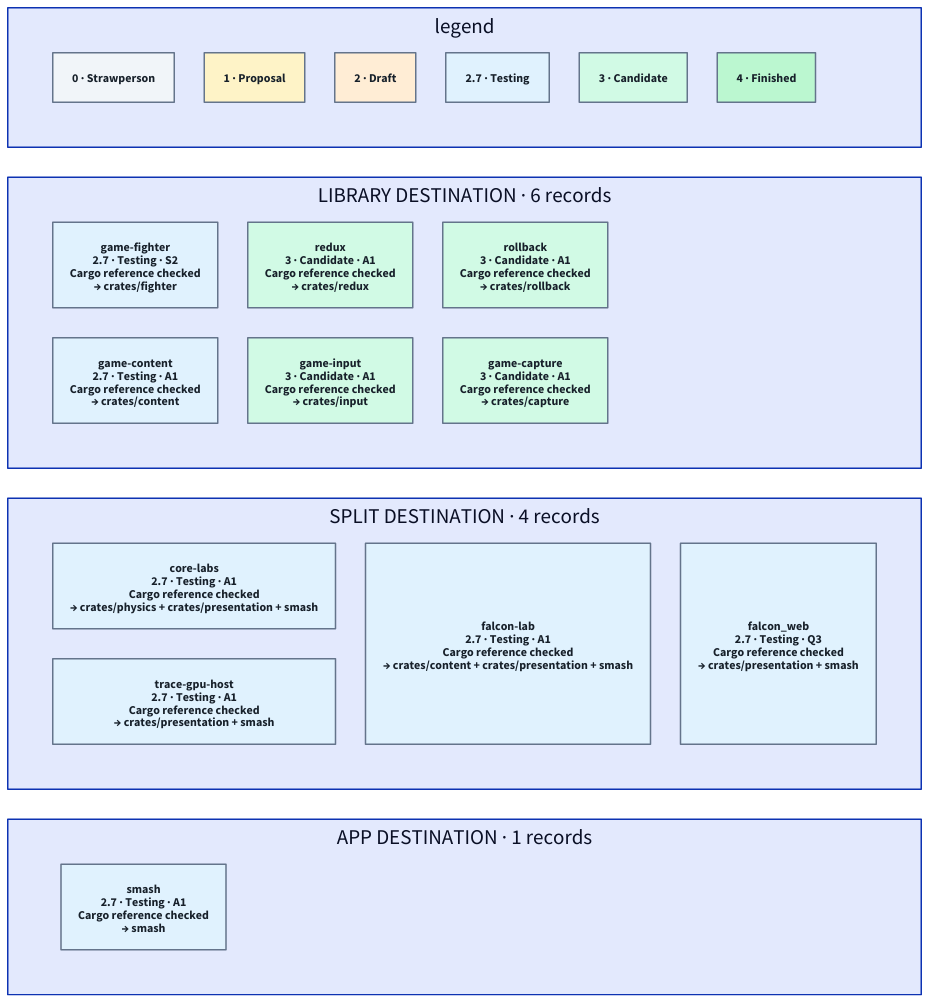
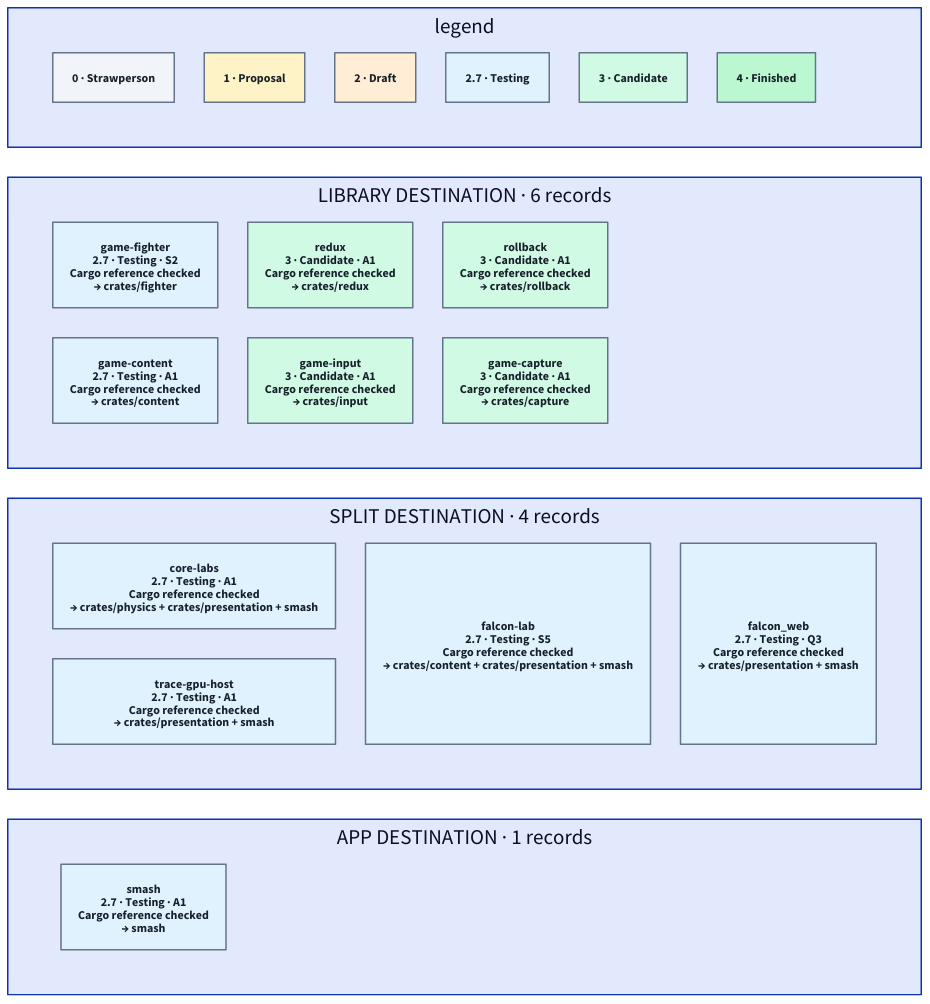
One commit to hafley66/hafley-rs changed the diagram in games/classification/3_registry.d2. Above: the diagram before and after it, drawn with D2. The commit also changed 25 other files, not shown here.

First line of the commit message:
feat(games): inspect live Falcon phases with an observed graph

```diff
--- a/games/classification/3_registry.d2
+++ b/games/classification/3_registry.d2
@@ -1,32 +1,32 @@
 # Generated from 1_registry.tsp. Do not edit.
 label: "05 · CHECKED CRATE INVENTORY / TC39-style promotion stages"
 grid-columns: 1
 legend: {
 grid-columns: 6
 s0: "0 · Strawperson" {style.fill: "#F1F5F9"; style.font-color: "#17202A"; style.stroke: "#64748B"}
 s1: "1 · Proposal" {style.fill: "#FEF3C7"; style.font-color: "#17202A"; style.stroke: "#64748B"}
 s2: "2 · Draft" {style.fill: "#FFEDD5"; style.font-color: "#17202A"; style.stroke: "#64748B"}
 s3: "2.7 · Testing" {style.fill: "#E0F2FE"; style.font-color: "#17202A"; style.stroke: "#64748B"}
 s4: "3 · Candidate" {style.fill: "#D1FAE5"; style.font-color: "#17202A"; style.stroke: "#64748B"}
 s5: "4 · Finished" {style.fill: "#BBF7D0"; style.font-color: "#17202A"; style.stroke: "#64748B"}
 }
 library: "LIBRARY DESTINATION · 6 records" {
 grid-columns: 3
 "game-fighter": "game-fighter\n2.7 · Testing · S2\nCargo reference checked\n→ crates/fighter" {style.fill: "#E0F2FE"; style.font-color: "#17202A"; style.stroke: "#64748B"}
 "game-content": "game-content\n2.7 · Testing · A1\nCargo reference checked\n→ crates/content" {style.fill: "#E0F2FE"; style.font-color: "#17202A"; style.stroke: "#64748B"}
 "redux": "redux\n3 · Candidate · A1\nCargo reference checked\n→ crates/redux" {style.fill: "#D1FAE5"; style.font-color: "#17202A"; style.stroke: "#64748B"}
 "game-input": "game-input\n3 · Candidate · A1\nCargo reference checked\n→ crates/input" {style.fill: "#D1FAE5"; style.font-color: "#17202A"; style.stroke: "#64748B"}
 "rollback": "rollback\n3 · Candidate · A1\nCargo reference checked\n→ crates/rollback" {style.fill: "#D1FAE5"; style.font-color: "#17202A"; style.stroke: "#64748B"}
 "game-capture": "game-capture\n3 · Candidate · A1\nCargo reference checked\n→ crates/capture" {style.fill: "#D1FAE5"; style.font-color: "#17202A"; style.stroke: "#64748B"}
 }
 split: "SPLIT DESTINATION · 4 records" {
 grid-columns: 3
 "core-labs": "core-labs\n2.7 · Testing · A1\nCargo reference checked\n→ crates/physics + crates/presentation + smash" {style.fill: "#E0F2FE"; style.font-color: "#17202A"; style.stroke: "#64748B"}
 "trace-gpu-host": "trace-gpu-host\n2.7 · Testing · A1\nCargo reference checked\n→ crates/presentation + smash" {style.fill: "#E0F2FE"; style.font-color: "#17202A"; style.stroke: "#64748B"}
-"falcon-lab": "falcon-lab\n2.7 · Testing · A1\nCargo reference checked\n→ crates/content + crates/presentation + smash" {style.fill: "#E0F2FE"; style.font-color: "#17202A"; style.stroke: "#64748B"}
+"falcon-lab": "falcon-lab\n2.7 · Testing · S5\nCargo reference checked\n→ crates/content + crates/presentation + smash" {style.fill: "#E0F2FE"; style.font-color: "#17202A"; style.stroke: "#64748B"}
 "falcon_web": "falcon_web\n2.7 · Testing · Q3\nCargo reference checked\n→ crates/presentation + smash" {style.fill: "#E0F2FE"; style.font-color: "#17202A"; style.stroke: "#64748B"}
 }
 app: "APP DESTINATION · 1 records" {
 grid-columns: 3
 "smash": "smash\n2.7 · Testing · A1\nCargo reference checked\n→ smash" {style.fill: "#E0F2FE"; style.font-color: "#17202A"; style.stroke: "#64748B"}
 }
```
